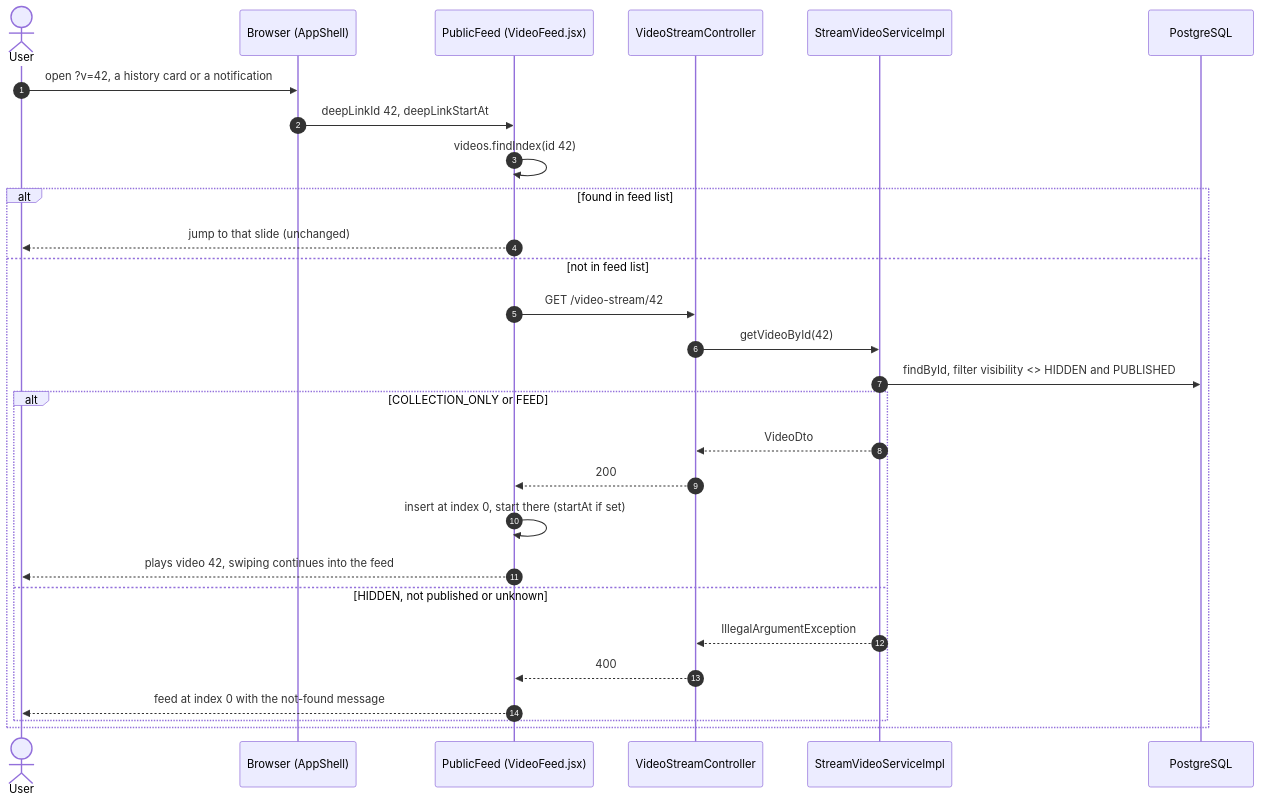
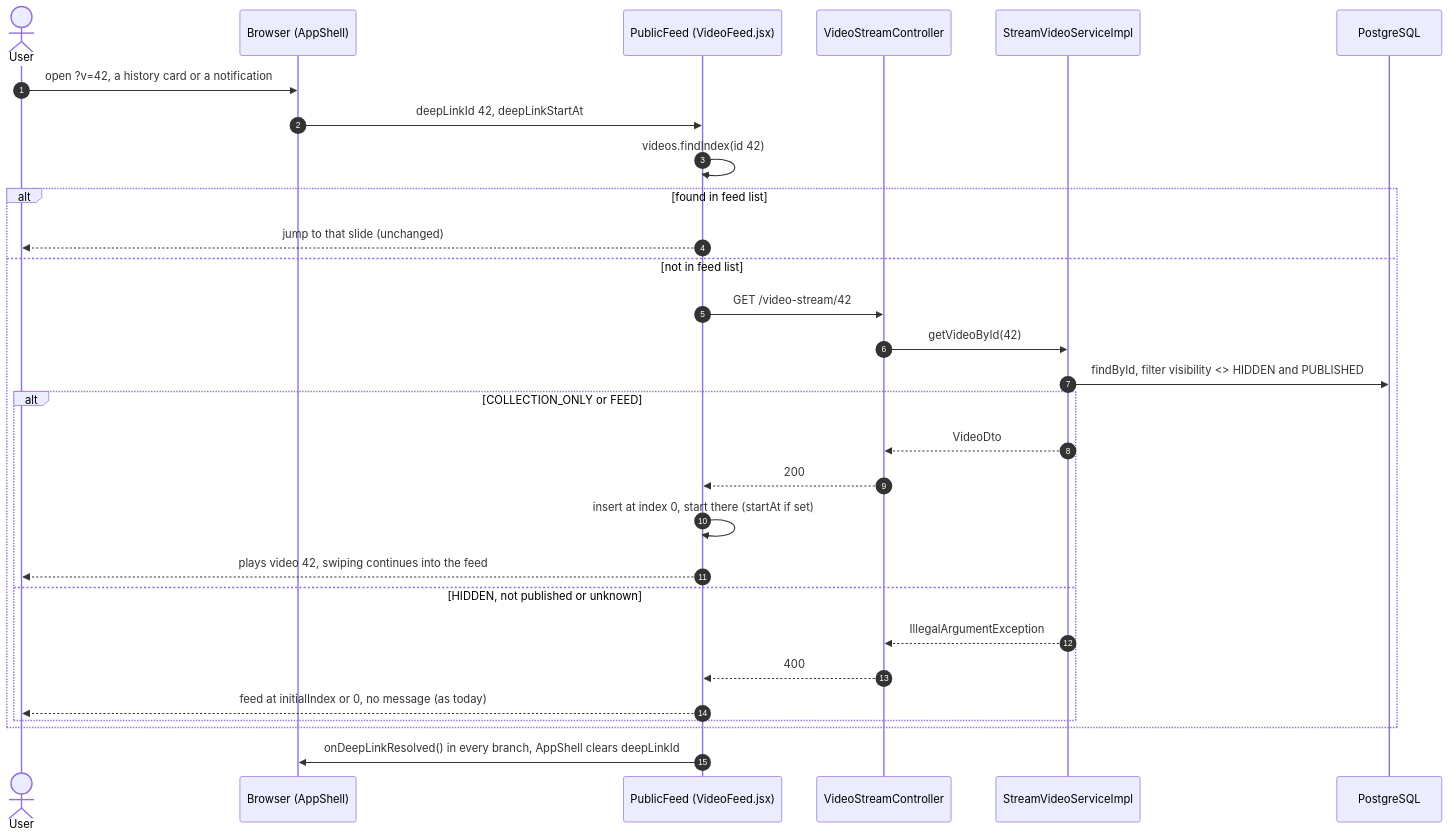
One commit to nguyenhuuca/assessment changed the sixth of 6 diagrams in docs/sequence/sequence-collection-only-videos.md. Above: the diagram before and after it, drawn with Mermaid. The commit also changed 6 other files, not shown here.

First line of the commit message:
docs(collection-only): implementation plan CO-1..CO-7, deep-link fallback fix in spec

````diff
--- a/docs/sequence/sequence-collection-only-videos.md
+++ b/docs/sequence/sequence-collection-only-videos.md
@@ -174,31 +174,32 @@
 ```mermaid
 sequenceDiagram
     autonumber
     actor U as User
     participant SH as Browser (AppShell)
     participant PF as PublicFeed (VideoFeed.jsx)
     participant API as VideoStreamController
     participant S as StreamVideoServiceImpl
     participant DB as PostgreSQL
 
     U->>SH: open ?v=42, a history card or a notification
     SH->>PF: deepLinkId 42, deepLinkStartAt
     PF->>PF: videos.findIndex(id 42)
     alt found in feed list
         PF-->>U: jump to that slide (unchanged)
     else not in feed list
         PF->>API: GET /video-stream/42
         API->>S: getVideoById(42)
         S->>DB: findById, filter visibility <> HIDDEN and PUBLISHED
         alt COLLECTION_ONLY or FEED
             S-->>API: VideoDto
             API-->>PF: 200
             PF->>PF: insert at index 0, start there (startAt if set)
             PF-->>U: plays video 42, swiping continues into the feed
         else HIDDEN, not published or unknown
             S-->>API: IllegalArgumentException
             API-->>PF: 400
-            PF-->>U: feed at index 0 with the not-found message
+            PF-->>U: feed at initialIndex or 0, no message (as today)
         end
     end
+    PF->>SH: onDeepLinkResolved() in every branch, AppShell clears deepLinkId
 ```
````
